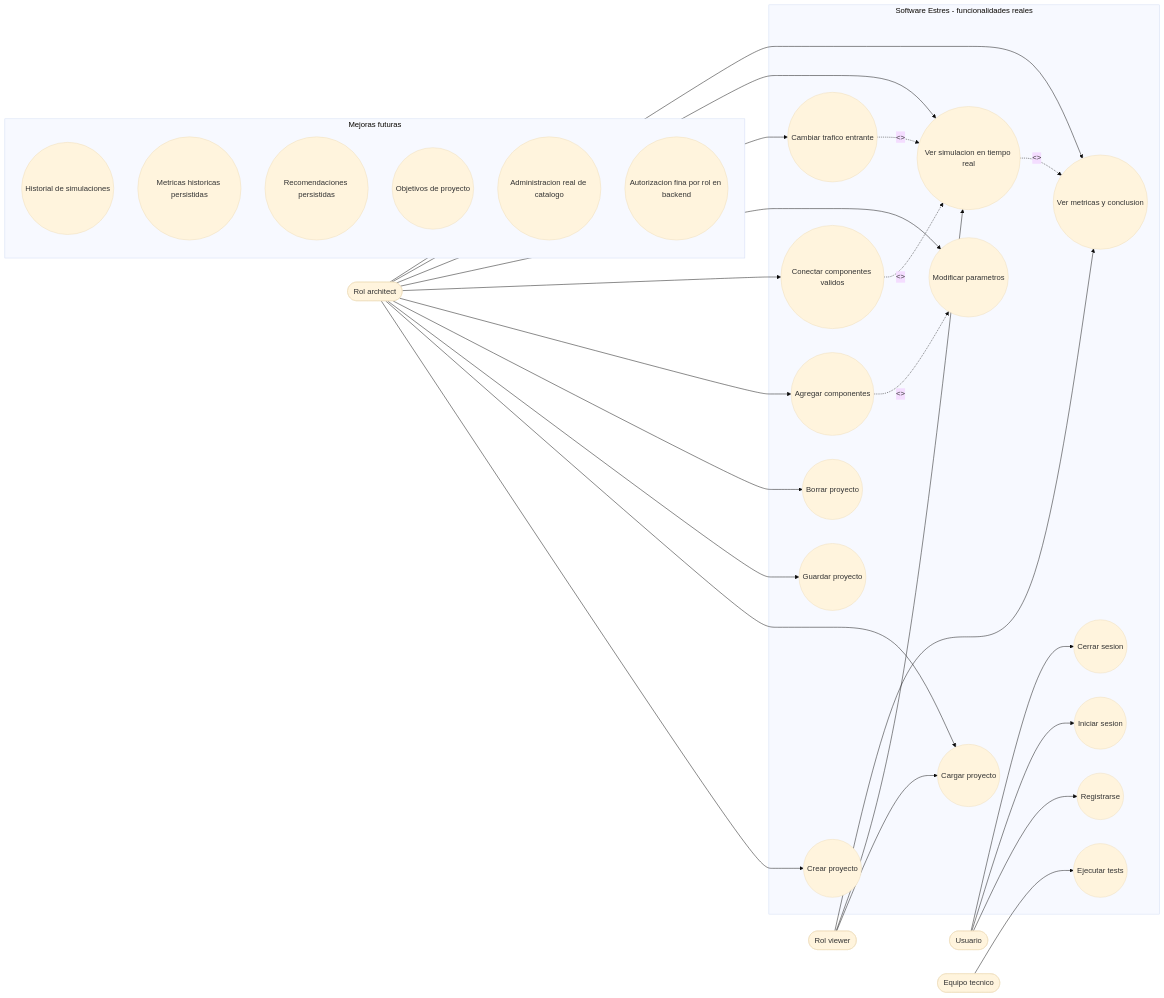
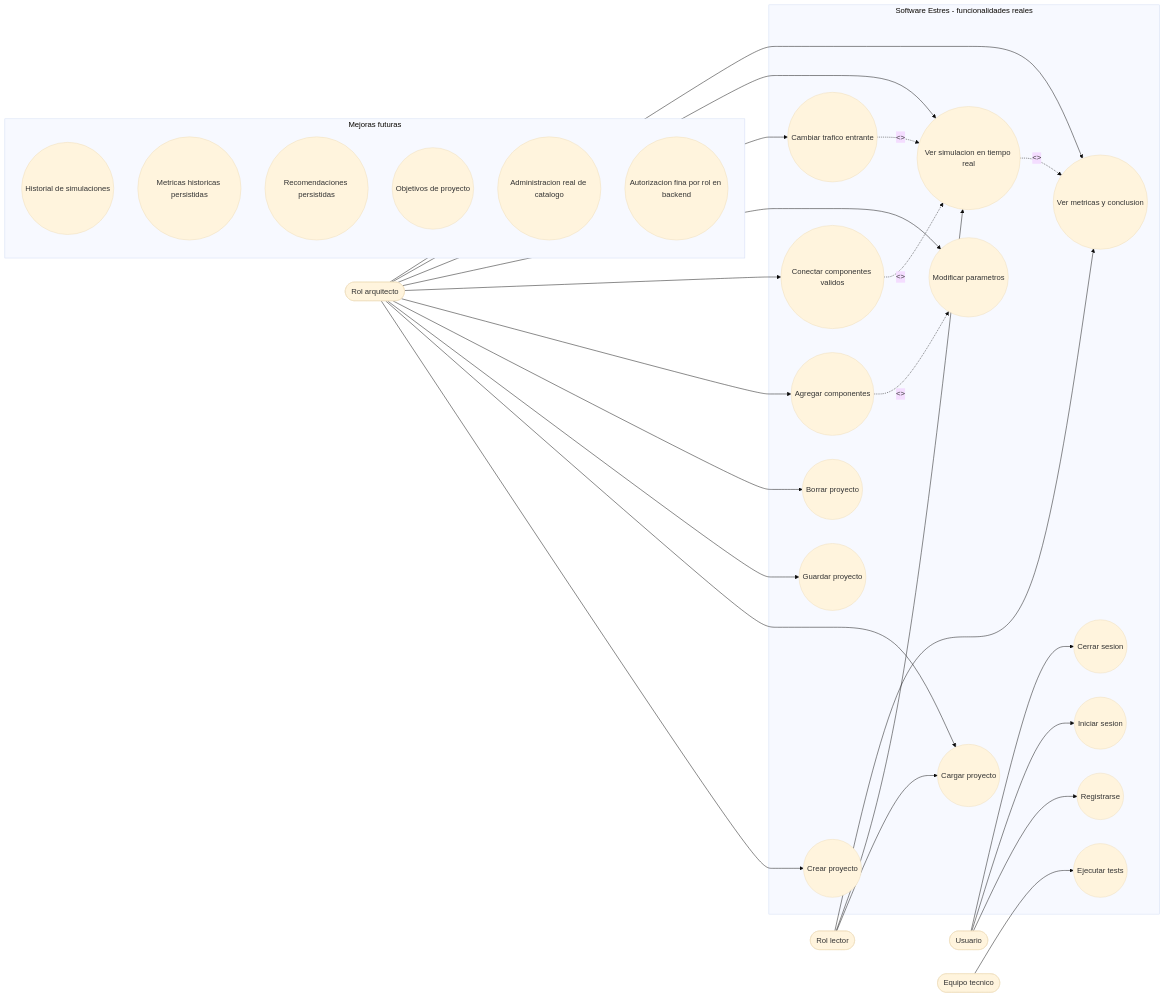
One commit to UCH-LDS-2026/grupo-09 changed the diagram in docs/diagrams/use-case-diagram.mmd. Above: the diagram before and after it, drawn with Mermaid (base theme). The commit also changed 44 other files, not shown here.

```diff
--- a/docs/diagrams/use-case-diagram.mmd
+++ b/docs/diagrams/use-case-diagram.mmd
@@ -1,57 +1,57 @@
 flowchart LR
     user([Usuario])
-    viewer([Rol viewer])
-    architect([Rol architect])
+    lector([Rol lector])
+    arquitecto([Rol arquitecto])
     tests([Equipo tecnico])
 
     subgraph app[Software Estres - funcionalidades reales]
         UC1((Registrarse))
         UC2((Iniciar sesion))
         UC3((Cerrar sesion))
         UC4((Crear proyecto))
         UC5((Cargar proyecto))
         UC6((Guardar proyecto))
         UC7((Borrar proyecto))
         UC8((Agregar componentes))
         UC9((Conectar componentes validos))
         UC10((Modificar parametros))
         UC11((Cambiar trafico entrante))
         UC12((Ver simulacion en tiempo real))
         UC13((Ver metricas y conclusion))
         UC14((Ejecutar tests))
     end
 
     subgraph future[Mejoras futuras]
         F1((Historial de simulaciones))
         F2((Metricas historicas persistidas))
         F3((Recomendaciones persistidas))
         F4((Objetivos de proyecto))
         F5((Administracion real de catalogo))
         F6((Autorizacion fina por rol en backend))
     end
 
     user --> UC1
     user --> UC2
     user --> UC3
 
-    viewer --> UC5
-    viewer --> UC12
-    viewer --> UC13
+    lector --> UC5
+    lector --> UC12
+    lector --> UC13
 
-    architect --> UC4
-    architect --> UC5
-    architect --> UC6
-    architect --> UC7
-    architect --> UC8
-    architect --> UC9
-    architect --> UC10
-    architect --> UC11
-    architect --> UC12
-    architect --> UC13
+    arquitecto --> UC4
+    arquitecto --> UC5
+    arquitecto --> UC6
+    arquitecto --> UC7
+    arquitecto --> UC8
+    arquitecto --> UC9
+    arquitecto --> UC10
+    arquitecto --> UC11
+    arquitecto --> UC12
+    arquitecto --> UC13
 
     tests --> UC14
 
     UC8 -. "<<include>>" .-> UC10
     UC9 -. "<<include>>" .-> UC12
     UC11 -. "<<include>>" .-> UC12
     UC12 -. "<<include>>" .-> UC13
```
